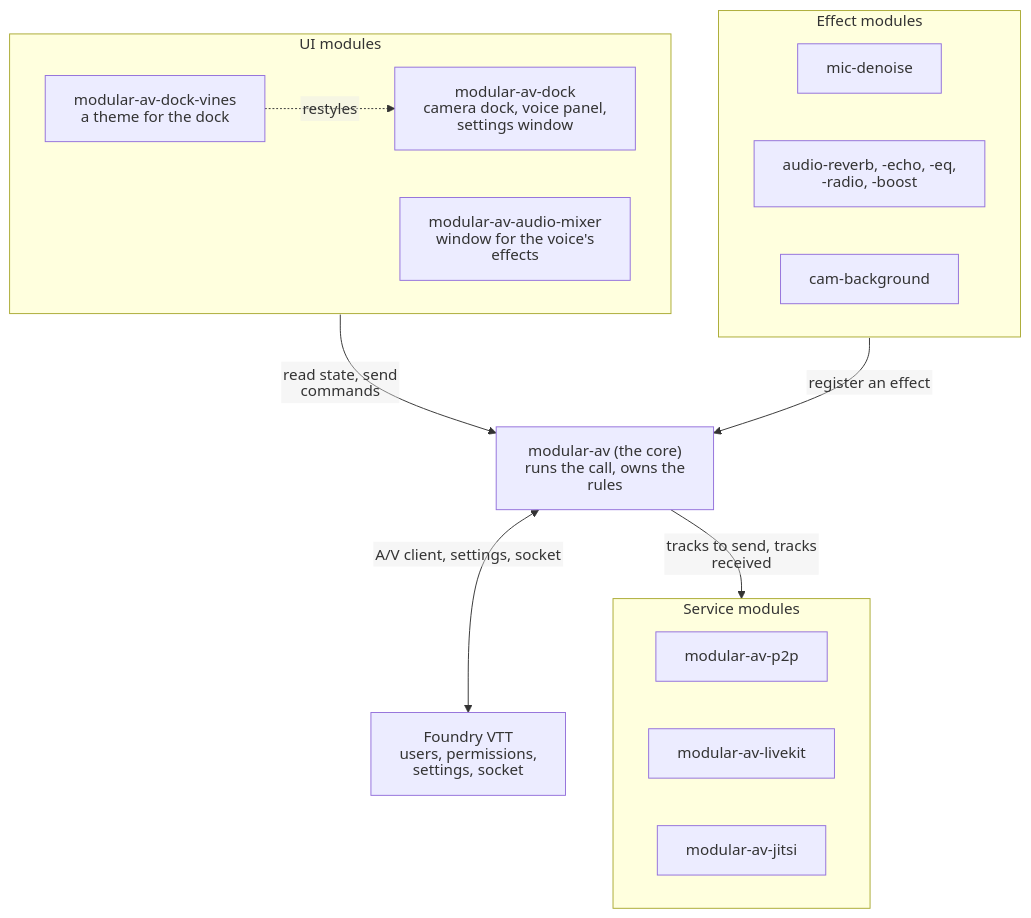
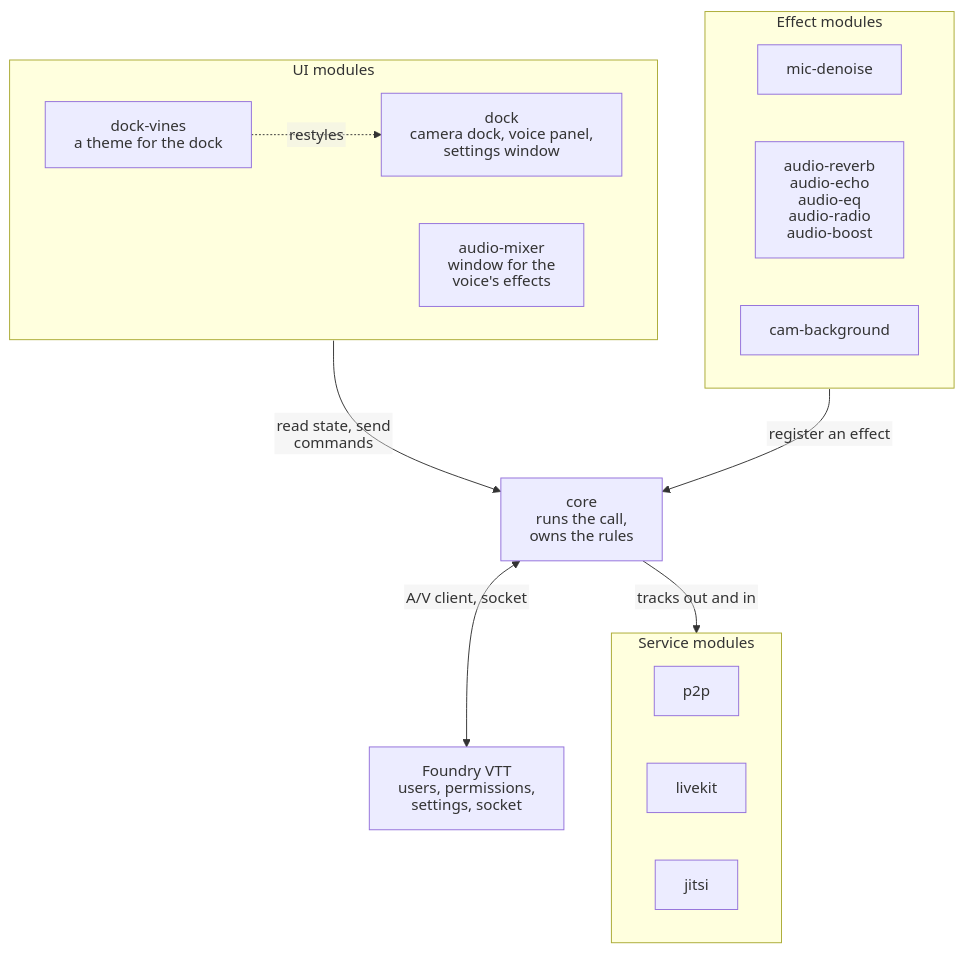
Before and after one commit to Affid/modular-av: the first of 5 diagrams in docs/ARCHITECTURE.md, drawn with Mermaid. The commit also changed other lines of this file, not shown here.

Commit message:
docs: short names in the architecture overview diagram

````diff
--- a/docs/ARCHITECTURE.md
+++ b/docs/ARCHITECTURE.md
@@ -11,31 +11,31 @@
 ```mermaid
 %%{init: {"htmlLabels": false, "flowchart": {"htmlLabels": false}}}%%
 flowchart TB
   subgraph ui["UI modules"]
-    dock["modular-av-dock<br/>camera dock, voice panel,<br/>settings window"]
-    mixer["modular-av-audio-mixer<br/>window for the voice's effects"]
-    theme["modular-av-dock-vines<br/>a theme for the dock"]
+    dock["dock<br/>camera dock, voice panel,<br/>settings window"]
+    mixer["audio-mixer<br/>window for the<br/>voice's effects"]
+    theme["dock-vines<br/>a theme for the dock"]
   end
 
   subgraph effects["Effect modules"]
     denoise["mic-denoise"]
-    voice["audio-reverb, -echo, -eq,<br/>-radio, -boost"]
+    voice["audio-reverb<br/>audio-echo<br/>audio-eq<br/>audio-radio<br/>audio-boost"]
     cambg["cam-background"]
   end
 
-  core["modular-av (the core)<br/>runs the call, owns the rules"]
+  core["core<br/>runs the call,<br/>owns the rules"]
 
   subgraph services["Service modules"]
-    p2p["modular-av-p2p"]
-    livekit["modular-av-livekit"]
-    jitsi["modular-av-jitsi"]
+    p2p["p2p"]
+    livekit["livekit"]
+    jitsi["jitsi"]
   end
 
-  foundry["Foundry VTT<br/>users, permissions, settings, socket"]
+  foundry["Foundry VTT<br/>users, permissions,<br/>settings, socket"]
 
   ui -- "read state, send commands" --> core
   effects -- "register an effect" --> core
-  core -- "tracks to send, tracks received" --> services
-  core <-- "A/V client, settings, socket" --> foundry
+  core -- "tracks out and in" --> services
+  core <-- "A/V client, socket" --> foundry
   theme -. "restyles" .-> dock
 ```
````
